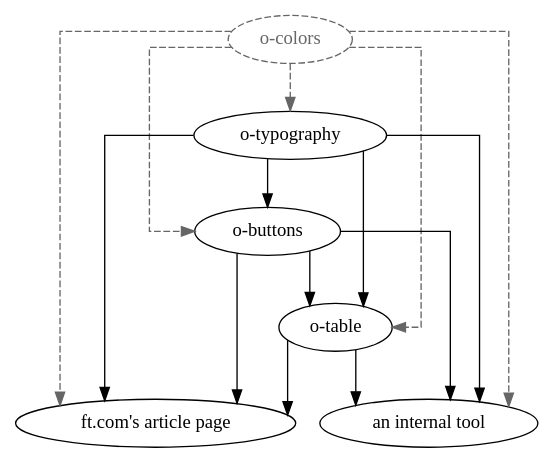
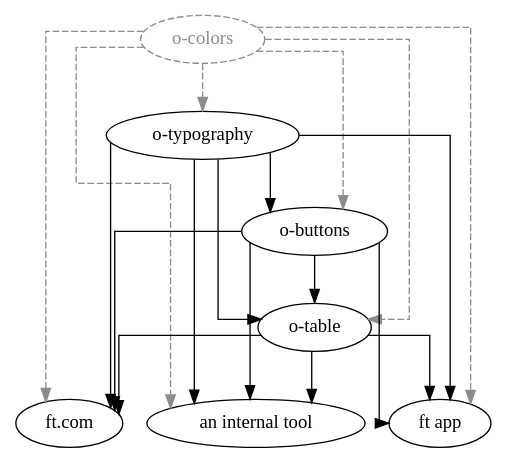
Before and after one commit to Financial-Times/origami-website: the diagram in assets/images/2019-10-31-major-cascade/typography-graph.dot, drawn with Graphviz. The commit also changed 7 other files, not shown here.

```diff
--- a/assets/images/2019-10-31-major-cascade/typography-graph.dot
+++ b/assets/images/2019-10-31-major-cascade/typography-graph.dot
@@ -1,25 +1,31 @@
 digraph {
     splines=ortho
     concentrate=true
 
-    "o-colors" [style="dashed", fontcolor="#666666" color="#666666"]
+    "o-colors" [style="dashed", fontcolor="#8c8c8c" color="#8c8c8c"]
 
-    "o-colors" -> "o-typography" [style="dashed", color="#666666"]
-    "o-colors" -> "o-buttons"  [style="dashed", color="#666666"]
-    "o-typography" -> "o-buttons" 
-    "o-colors" -> "o-table"  [style="dashed", color="#666666"]
-    "o-typography" -> "o-table" 
-    "o-buttons" -> "o-table" 
-    "o-colors" -> "ft.com's article page"  [style="dashed", color="#666666"]
-    "o-typography" -> "ft.com's article page" 
-    "o-buttons" -> "ft.com's article page" 
-    "o-buttons" -> "ft.com's article page" 
-    "o-table" -> "ft.com's article page"
+    "o-colors" -> "o-typography" [style="dashed", color="#8c8c8c"]
 
-    "o-colors" -> "an internal tool"  [style="dashed", color="#666666"]
-    "o-typography" -> "an internal tool" 
-    "o-buttons" -> "an internal tool" 
-    "o-buttons" -> "an internal tool" 
+    "o-colors" -> "o-buttons"  [style="dashed", color="#8c8c8c"]
+    "o-typography" -> "o-buttons"
+
+    "o-colors" -> "o-table"  [style="dashed", color="#8c8c8c"]
+    "o-typography" -> "o-table"
+    "o-buttons" -> "o-table"
+
+    "o-colors" -> "ft.com"  [style="dashed", color="#8c8c8c"]
+    "o-typography" -> "ft.com"
+    "o-buttons" -> "ft.com"
+    "o-table" -> "ft.com"
+
+    "o-colors" -> "ft app"  [style="dashed", color="#8c8c8c"]
+    "o-typography" -> "ft app"
+    "o-buttons" -> "ft app"
+    "o-table" -> "ft app"
+
+    "o-colors" -> "an internal tool"  [style="dashed", color="#8c8c8c"]
+    "o-typography" -> "an internal tool"
+    "o-buttons" -> "an internal tool"
     "o-table" -> "an internal tool"
 
 }
```
